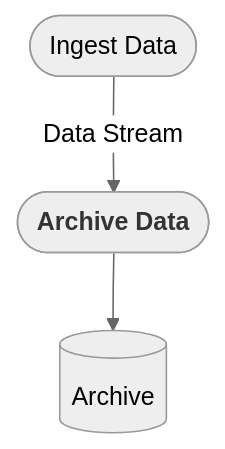
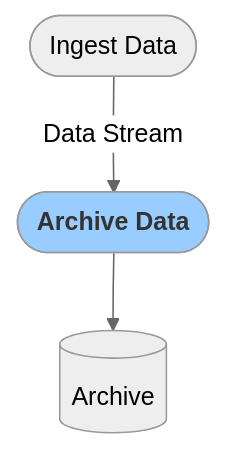
One commit to grillo/grillo-docs changed the diagram in docs/grillo-console/modules/data_management_modules/archive_data.md. Above: the diagram before and after it, drawn with Mermaid (neutral theme). The commit also changed other lines of this file and 12 other files, not shown here.

````diff
--- a/docs/grillo-console/modules/data_management_modules/archive_data.md
+++ b/docs/grillo-console/modules/data_management_modules/archive_data.md
@@ -10,5 +10,5 @@
 ```mermaid
 flowchart TB
-   B([Ingest Data])-->|Data Stream| Cp([<font color=333333><b>Archive Data</b>]) --> id1[(Archive)]
-   style Cp fill:##99CCFF
+   B([Ingest Data])-->|Data Stream| C([<font color=333333><b>Archive Data</b>]) --> D[(Archive)]
+   style C fill:#99CCFF
 ```
````
